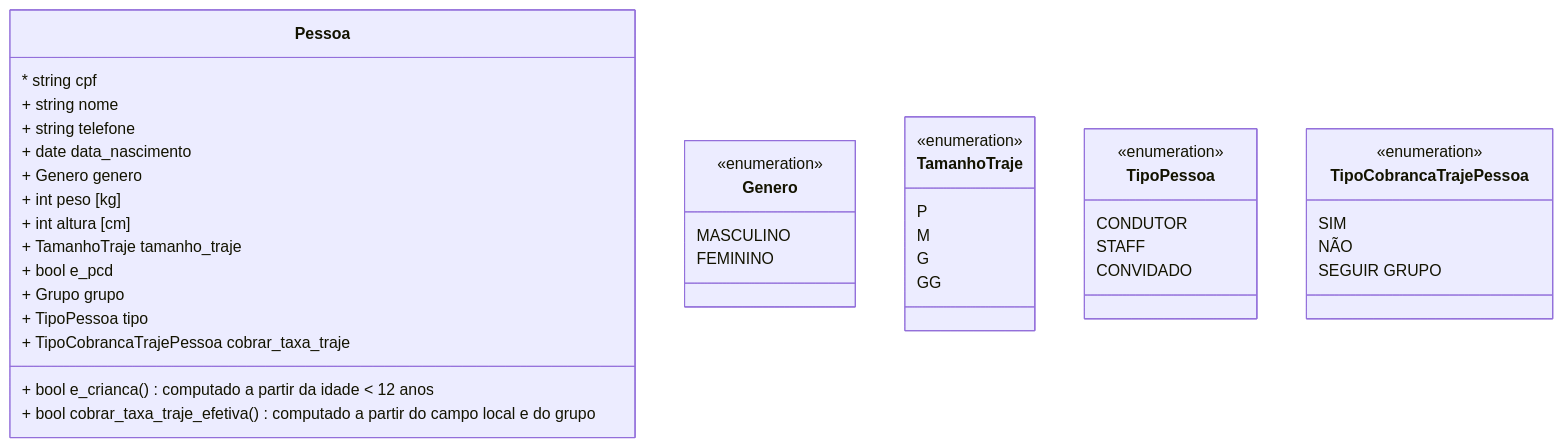
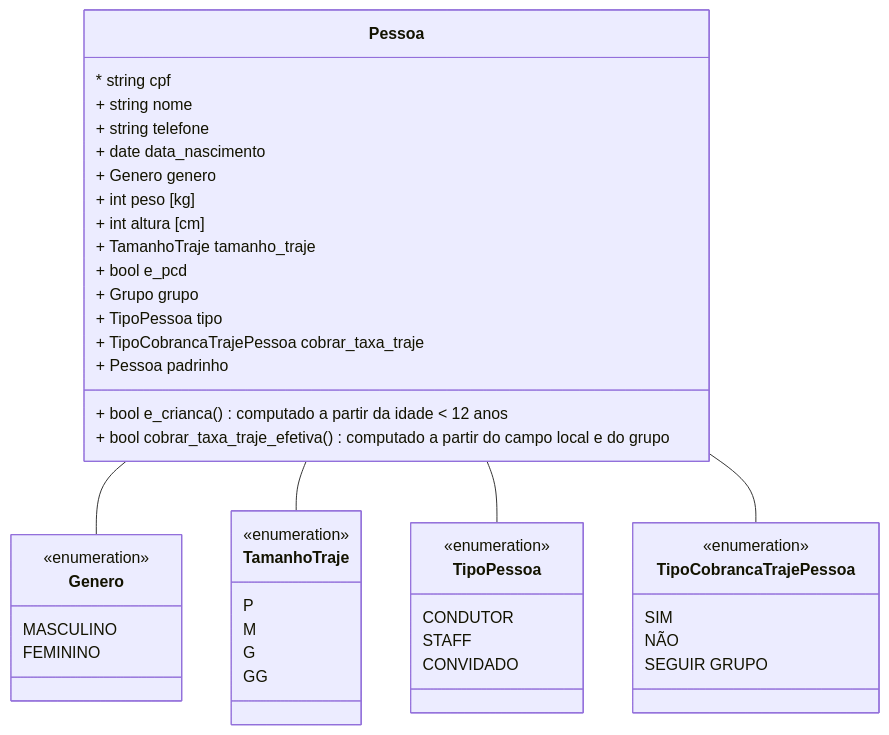
One commit to guionardo/planetapeia-desfiles changed the fifth of 5 diagrams in README.md. Above: the diagram before and after it, drawn with Mermaid. The commit also changed other lines of this file and 39 other files, not shown here.

````diff
--- a/README.md
+++ b/README.md
@@ -81,49 +160,54 @@
 ```mermaid
 classDiagram
 class Pessoa {
     * string cpf
     + string nome
     + string telefone
     + date data_nascimento
     + Genero genero
     + int peso [kg]
     + int altura [cm]
     + TamanhoTraje tamanho_traje
     + bool e_pcd
     + Grupo grupo
     + TipoPessoa tipo
     + TipoCobrancaTrajePessoa cobrar_taxa_traje
     + bool e_crianca() computado a partir da idade < 12 anos
     + bool cobrar_taxa_traje_efetiva() computado a partir do campo local e do grupo
+    + Pessoa padrinho
 }
 
 class Genero {
     <<enumeration>>
     MASCULINO
     FEMININO
 }
 
 class TamanhoTraje {
     <<enumeration>>
     P
     M
     G
     GG
 }
 
 class TipoPessoa {
     <<enumeration>>
     CONDUTOR
     STAFF
     CONVIDADO
 }
 
 class TipoCobrancaTrajePessoa {
     <<enumeration>>
     SIM
     NÃO
     SEGUIR GRUPO
 }
 
+Pessoa -- Genero
+Pessoa -- TamanhoTraje
+Pessoa -- TipoPessoa
+Pessoa -- TipoCobrancaTrajePessoa
 
 ```
````
